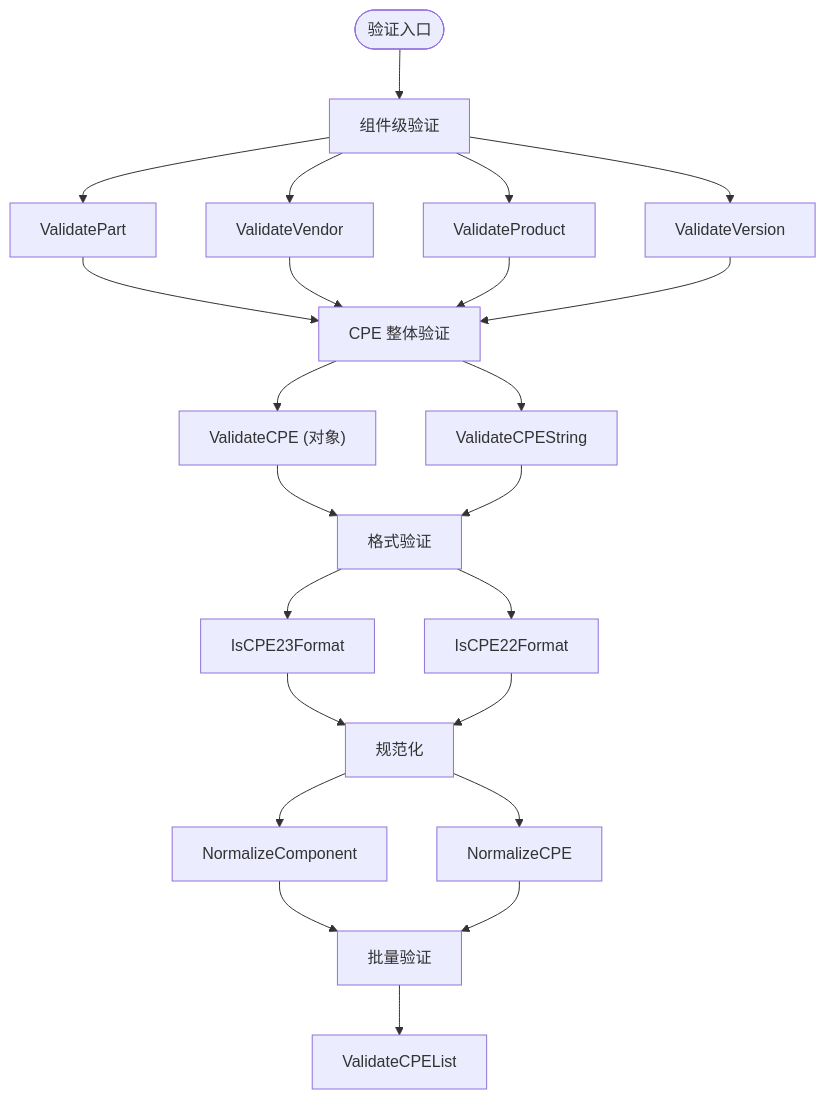
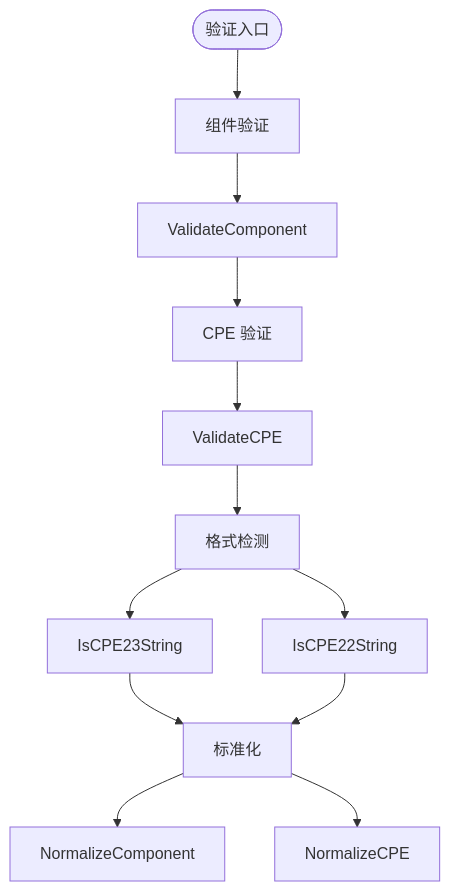
The diagram in website/zh/api/validation.md (scagogogo/cpe-skills), drawn with Mermaid before and after one commit. The commit also changed other lines of this file and 18 other files, not shown here.

````diff
--- a/website/zh/api/validation.md
+++ b/website/zh/api/validation.md
@@ -7,25 +7,14 @@
 ```mermaid
 flowchart TD
-    Start(["验证入口"]) --> Comp["组件级验证"]
-    Comp --> C1["ValidatePart"]
-    Comp --> C2["ValidateVendor"]
-    Comp --> C3["ValidateProduct"]
-    Comp --> C4["ValidateVersion"]
-    C1 --> CPE["CPE 整体验证"]
-    C2 --> CPE
-    C3 --> CPE
-    C4 --> CPE
-    CPE --> V1["ValidateCPE (对象)"]
-    CPE --> V2["ValidateCPEString"]
-    V1 --> Fmt["格式验证"]
-    V2 --> Fmt
-    Fmt --> F1["IsCPE23Format"]
-    Fmt --> F2["IsCPE22Format"]
-    F1 --> Norm["规范化"]
+    Start(["验证入口"]) --> Comp["组件验证"]
+    Comp --> C1["ValidateComponent"]
+    C1 --> CPE["CPE 验证"]
+    CPE --> V1["ValidateCPE"]
+    V1 --> Fmt["格式检测"]
+    Fmt --> F1["IsCPE23String"]
+    Fmt --> F2["IsCPE22String"]
+    F1 --> Norm["标准化"]
     F2 --> Norm
     Norm --> N1["NormalizeComponent"]
     Norm --> N2["NormalizeCPE"]
-    N1 --> Batch["批量验证"]
-    N2 --> Batch
-    Batch --> B1["ValidateCPEList"]
 ```
````
